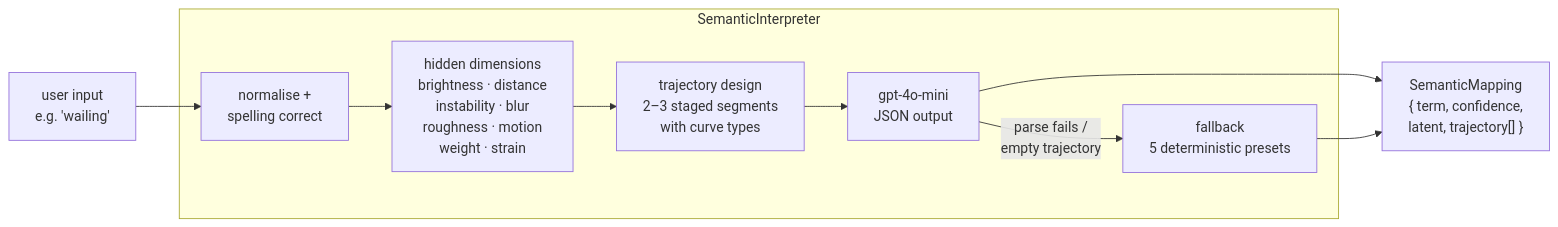
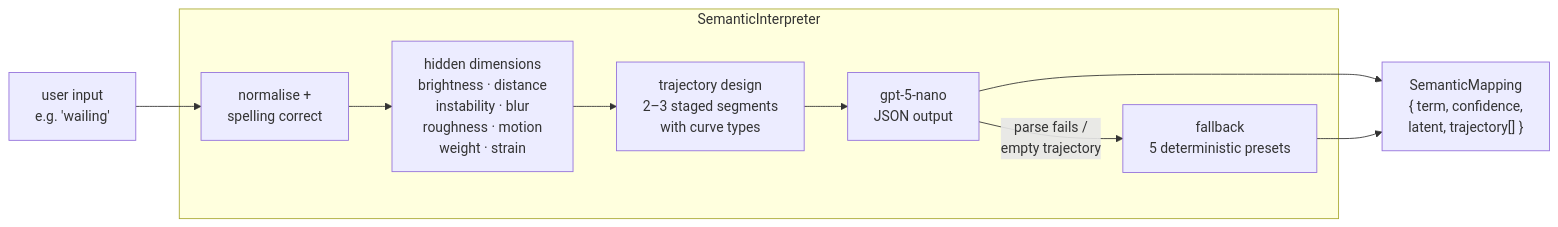
The second of 10 diagrams in ARCHITECTURE.md (AJ-McLean/Infinite_Knob), drawn with Mermaid before and after one commit. The commit also changed other lines of this file and 5 other files, not shown here.

````diff
--- a/ARCHITECTURE.md
+++ b/ARCHITECTURE.md
@@ -43,17 +43,17 @@
 ```mermaid
 flowchart LR
     Word["user input\ne.g. 'wailing'"]
 
     subgraph SemanticInterpreter
         Norm["normalise +\nspelling correct"]
         Dims["hidden dimensions\nbrightness · distance\ninstability · blur\nroughness · motion\nweight · strain"]
         Traj["trajectory design\n2–3 staged segments\nwith curve types"]
-        GPT["gpt-4o-mini\nJSON output"]
+        GPT["gpt-5-nano\nJSON output"]
         FB["fallback\n5 deterministic presets"]
     end
 
     Result["SemanticMapping\n{ term, confidence,\n  latent, trajectory[] }"]
 
     Word --> Norm --> Dims --> Traj --> GPT --> Result
     GPT -->|"parse fails /\nempty trajectory"| FB --> Result
 ```
````
